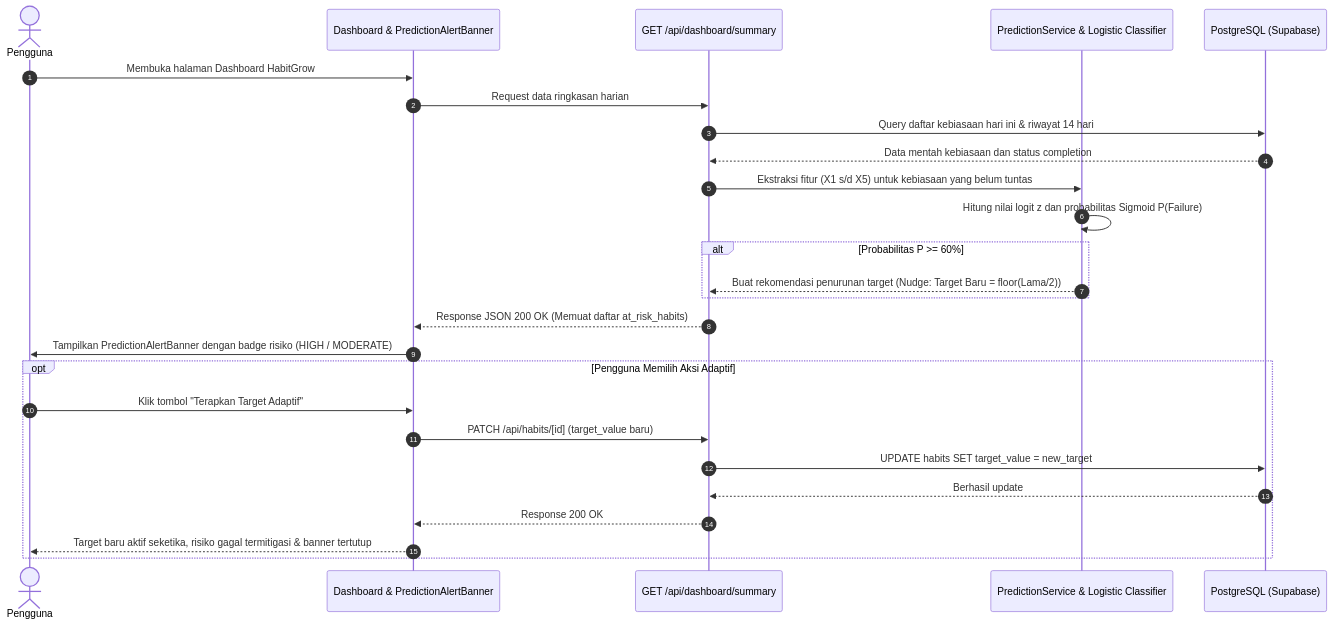
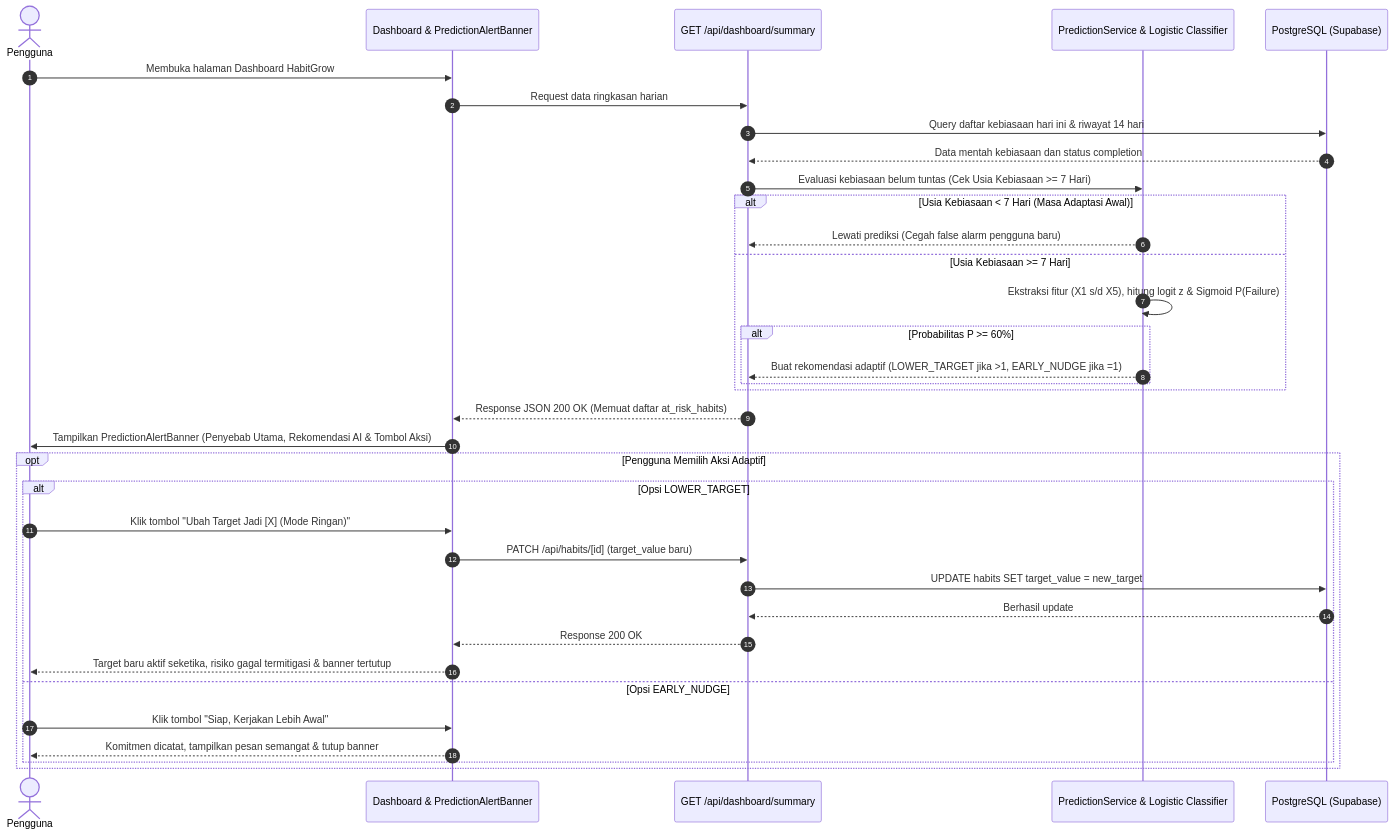
One commit to Vincentaa7/HabitGrow changed the fourth of 5 diagrams in PROJECT_DOCUMENTATION.md. Above: the diagram before and after it, drawn with Mermaid. The commit also changed other lines of this file, not shown here.

Commit message:
feat: implement habit failure risk prediction algorithm, service, UI banner, and tests

````diff
--- a/PROJECT_DOCUMENTATION.md
+++ b/PROJECT_DOCUMENTATION.md
@@ -556,30 +562,39 @@
 ```mermaid
 sequenceDiagram
     autonumber
     actor User as Pengguna
     participant UI as Dashboard & PredictionAlertBanner
     participant API as GET /api/dashboard/summary
     participant ML as PredictionService & Logistic Classifier
     participant DB as PostgreSQL (Supabase)
 
     User->>UI: Membuka halaman Dashboard HabitGrow
     UI->>API: Request data ringkasan harian
     API->>DB: Query daftar kebiasaan hari ini & riwayat 14 hari
     DB-->>API: Data mentah kebiasaan dan status completion
-    API->>ML: Ekstraksi fitur (X1 s/d X5) untuk kebiasaan yang belum tuntas
-    ML->>ML: Hitung nilai logit z dan probabilitas Sigmoid P(Failure)
-    alt Probabilitas P >= 60%
-        ML-->>API: Buat rekomendasi penurunan target (Nudge: Target Baru = floor(Lama/2))
+    API->>ML: Evaluasi kebiasaan belum tuntas (Cek Usia Kebiasaan >= 7 Hari)
+    alt Usia Kebiasaan < 7 Hari (Masa Adaptasi Awal)
+        ML-->>API: Lewati prediksi (Cegah false alarm pengguna baru)
+    else Usia Kebiasaan >= 7 Hari
+        ML->>ML: Ekstraksi fitur (X1 s/d X5), hitung logit z & Sigmoid P(Failure)
+        alt Probabilitas P >= 60%
+            ML-->>API: Buat rekomendasi adaptif (LOWER_TARGET jika >1, EARLY_NUDGE jika =1)
+        end
     end
     API-->>UI: Response JSON 200 OK (Memuat daftar at_risk_habits)
-    UI->>User: Tampilkan PredictionAlertBanner dengan badge risiko (HIGH / MODERATE)
+    UI->>User: Tampilkan PredictionAlertBanner (Penyebab Utama, Rekomendasi AI & Tombol Aksi)
     
     opt Pengguna Memilih Aksi Adaptif
-        User->>UI: Klik tombol "Terapkan Target Adaptif"
-        UI->>API: PATCH /api/habits/[id] (target_value baru)
-        API->>DB: UPDATE habits SET target_value = new_target
-        DB-->>API: Berhasil update
-        API-->>UI: Response 200 OK
-        UI-->>User: Target baru aktif seketika, risiko gagal termitigasi & banner tertutup
+        alt Opsi LOWER_TARGET
+            User->>UI: Klik tombol "Ubah Target Jadi [X] (Mode Ringan)"
+            UI->>API: PATCH /api/habits/[id] (target_value baru)
+            API->>DB: UPDATE habits SET target_value = new_target
+            DB-->>API: Berhasil update
+            API-->>UI: Response 200 OK
+            UI-->>User: Target baru aktif seketika, risiko gagal termitigasi & banner tertutup
+        else Opsi EARLY_NUDGE
+            User->>UI: Klik tombol "Siap, Kerjakan Lebih Awal"
+            UI-->>User: Komitmen dicatat, tampilkan pesan semangat & tutup banner
+        end
     end
 ```
````
